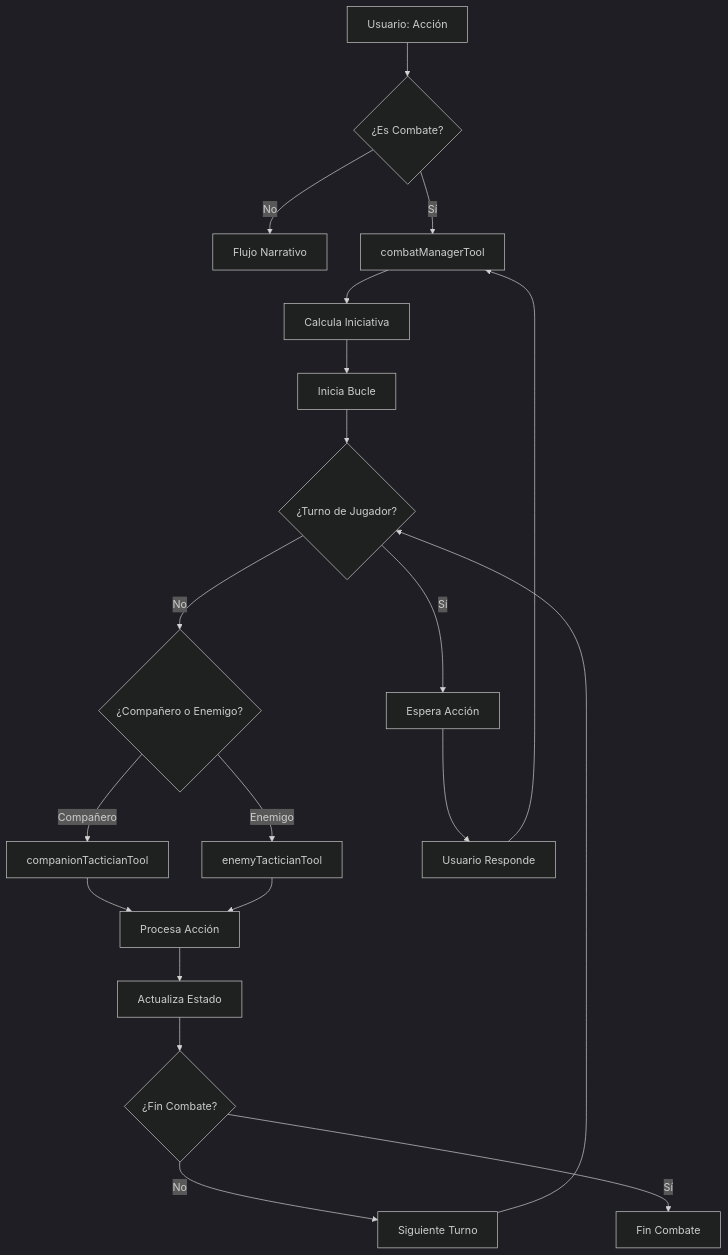
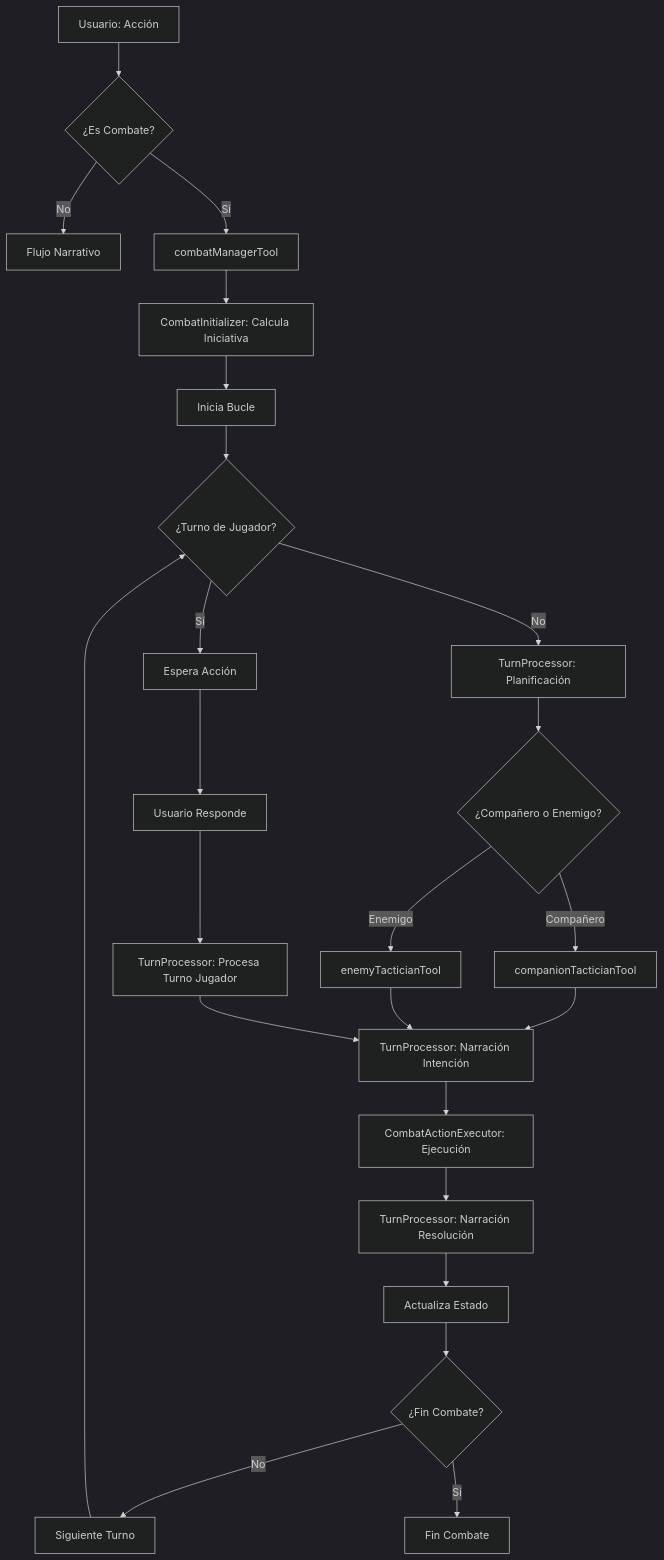
The second of 2 diagrams in docs/arquitectura/flujo-datos.md (gaellendoiro-droid/DnD-Adventures-AI), drawn with Mermaid (dark theme) before and after one commit. The commit also changed other lines of this file and 27 other files, not shown here.

Commit message:
RefactorizaciÃ³n: simplificaciÃ³n arquitectura combate (issue-117), nuevos mÃ³dulos action-executor y turn-processor, mejoras en narrative-manager

````diff
--- a/docs/arquitectura/flujo-datos.md
+++ b/docs/arquitectura/flujo-datos.md
@@ -355,22 +367,26 @@
 ```mermaid
 graph TD
     A[Usuario: Acción] --> B{¿Es Combate?}
     B -->|No| C[Flujo Narrativo]
     B -->|Sí| D[combatManagerTool]
-    D --> E[Calcula Iniciativa]
+    D --> E[CombatInitializer: Calcula Iniciativa]
     E --> F[Inicia Bucle]
     F --> G{¿Turno de Jugador?}
     G -->|Sí| H[Espera Acción]
-    G -->|No| I{¿Compañero o Enemigo?}
-    I -->|Compañero| J[companionTacticianTool]
-    I -->|Enemigo| K[enemyTacticianTool]
-    J --> L[Procesa Acción]
-    K --> L
-    L --> M[Actualiza Estado]
-    M --> N{¿Fin Combate?}
-    N -->|No| O[Siguiente Turno]
-    O --> G
-    N -->|Sí| P[Fin Combate]
-    H --> Q[Usuario Responde]
-    Q --> D
+    G -->|No| I[TurnProcessor: Planificación]
+    I --> J{¿Compañero o Enemigo?}
+    J -->|Compañero| K[companionTacticianTool]
+    J -->|Enemigo| L[enemyTacticianTool]
+    K --> M[TurnProcessor: Narración Intención]
+    L --> M
+    M --> N[CombatActionExecutor: Ejecución]
+    N --> O[TurnProcessor: Narración Resolución]
+    O --> P[Actualiza Estado]
+    P --> Q{¿Fin Combate?}
+    Q -->|No| R[Siguiente Turno]
+    R --> G
+    Q -->|Sí| S[Fin Combate]
+    H --> T[Usuario Responde]
+    T --> U[TurnProcessor: Procesa Turno Jugador]
+    U --> M
 ```
````
